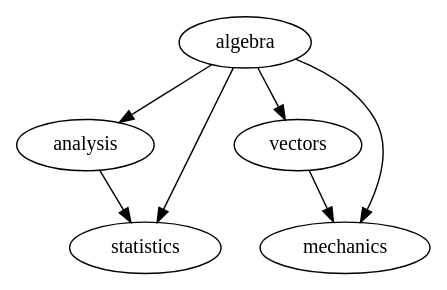
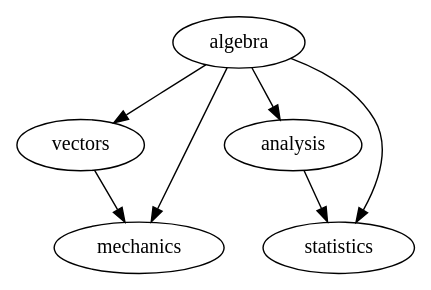
Before and after one commit to StatisticalRethinkingJulia/StructuralCausalModels.jl: the diagram in examples/marks/marks.dot, drawn with Graphviz. The commit also changed other lines of this file and 24 other files, not shown here.

```diff
--- a/examples/marks/marks.dot
+++ b/examples/marks/marks.dot
@@ -1,8 +1,8 @@
 digraph marks {
+  algebra -> vectors;
+  algebra -> mechanics;
   algebra -> analysis;
   algebra -> statistics;
+  vectors -> mechanics;
   analysis -> statistics;
-  algebra -> vectors;
-  algebra -> mechanics;
-  vectors -> mechanics;
 }
```
